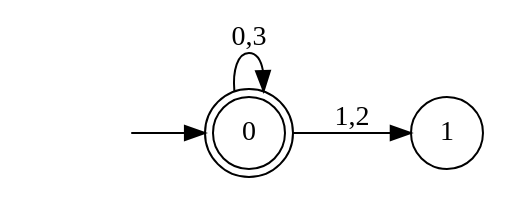
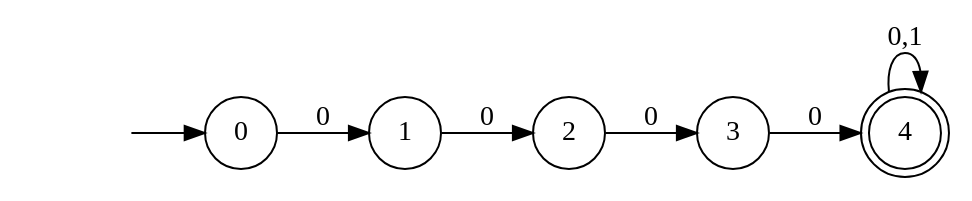
One commit to Umato/computer_practices changed the diagram in NFA/NFA2.gv. Above: the diagram before and after it, drawn with Graphviz. The commit also changed 5 other files, not shown here.

```diff
--- a/NFA/NFA2.gv
+++ b/NFA/NFA2.gv
@@ -1,9 +1,12 @@
 digraph finite_state_machine{
 	rankdir=LR;
-	node [shape = doublecircle]; 0;
+	node [shape = doublecircle]; 4;
 	node [shape = circle];
 	init [shape=none, label=""];
 	init -> 0;
-	0 -> 0 [label = "0,3"];
-	0 -> 1 [label = "1,2"];
+	0 -> 1 [label = "0"];
+	1 -> 2 [label = "0"];
+	2 -> 3 [label = "0"];
+	3 -> 4 [label = "0"];
+	4 -> 4 [label = "0,1"];
 }
```
